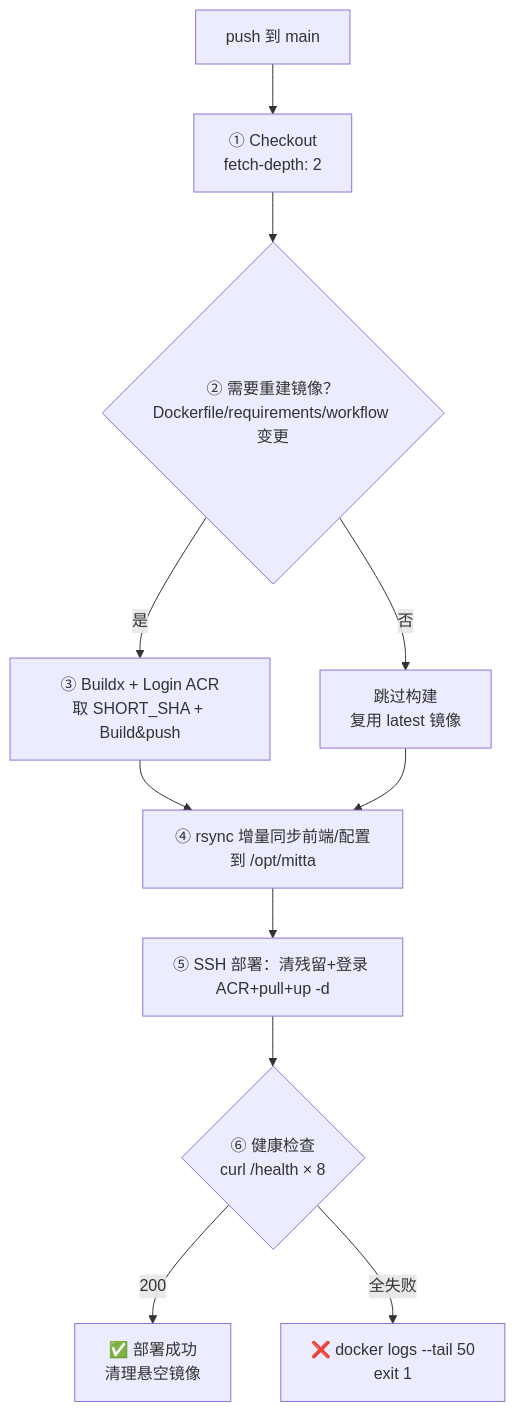
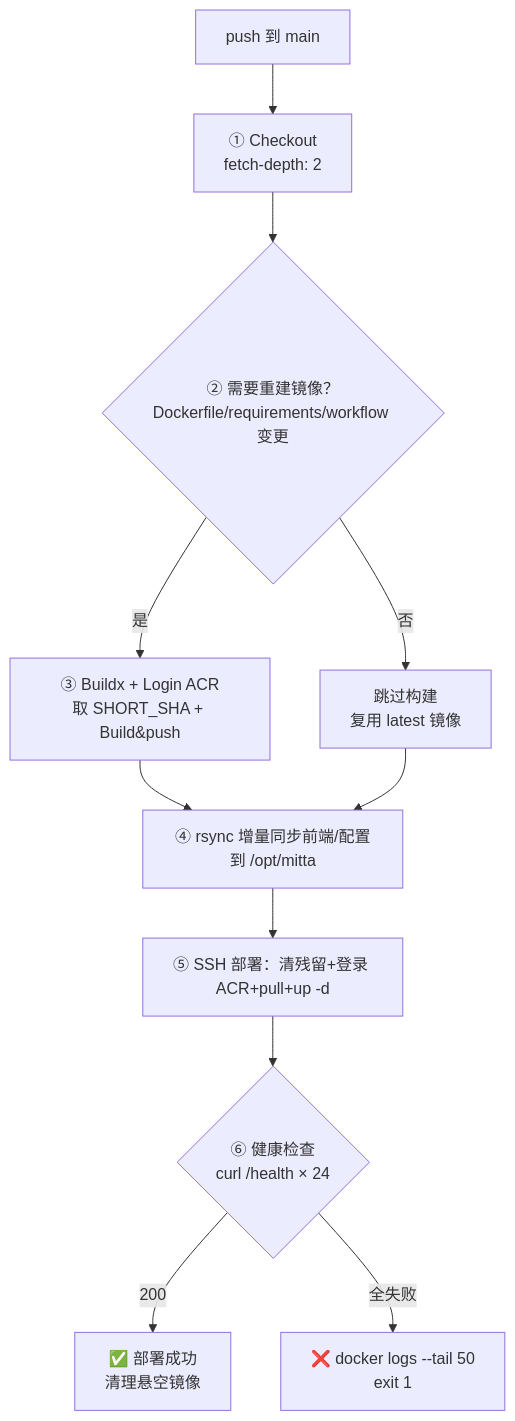
The diagram in README.md (Q1anyii/Mitta), drawn with Mermaid before and after one commit. The commit also changed other lines of this file and 1 other file, not shown here.

First line of the commit message:
docs: README 更新至代码现状 + 新增整体架构图

````diff
--- a/README.md
+++ b/README.md
@@ -668,14 +673,14 @@
 ```mermaid
 flowchart TD
     PUSH[push 到 main] --> CHECK[① Checkout<br/>fetch-depth: 2]
     CHECK --> DETECT{② 需要重建镜像？<br/>Dockerfile/requirements/workflow 变更}
     DETECT -->|是| BUILD[③ Buildx + Login ACR<br/>取 SHORT_SHA + Build&push]
     DETECT -->|否| SKIP[跳过构建<br/>复用 latest 镜像]
     BUILD --> RSYNC
     SKIP --> RSYNC
     RSYNC[④ rsync 增量同步前端/配置到 /opt/mitta]
     RSYNC --> SSH[⑤ SSH 部署：清残留+登录 ACR+pull+up -d]
-    SSH --> HEALTH{⑥ 健康检查<br/>curl /health × 8}
+    SSH --> HEALTH{⑥ 健康检查<br/>curl /health × 24}
     HEALTH -->|200| OK[✅ 部署成功<br/>清理悬空镜像]
     HEALTH -->|全失败| FAIL[❌ docker logs --tail 50<br/>exit 1]
 ```
````
